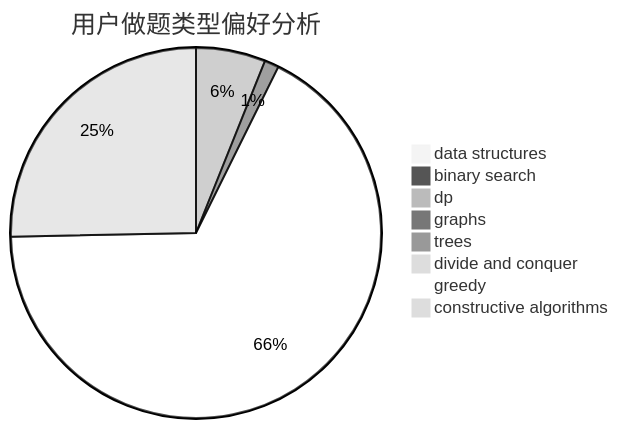
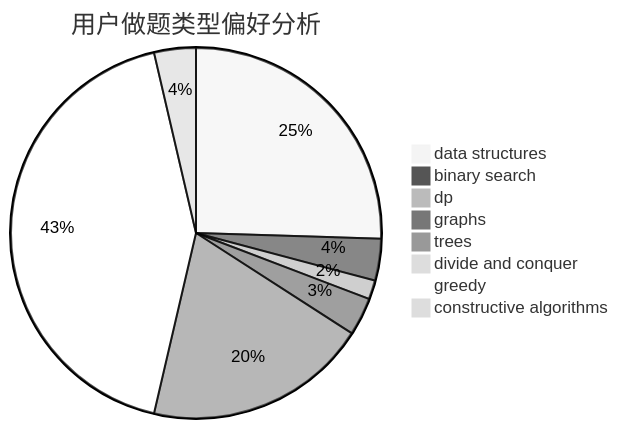
The second of 3 diagrams in docs/user/u1432.md (sherpahu/cfrs.github.io), drawn with Mermaid (neutral theme) before and after one commit. The commit also changed other lines of this file and 2770 other files, not shown here.

````diff
--- a/docs/user/u1432.md
+++ b/docs/user/u1432.md
@@ -23,11 +23,11 @@
 ```mermaid
 pie title 用户做题类型偏好分析
-    "data structures" :  1
-    "binary search" :  3
-    "dp" :  29
-    "graphs" :  6
-    "trees" :  2
-    "divide and conquer" :  1
-    "greedy" :  322
-    "constructive algorithms" :  121
+    "data structures" :  77
+    "binary search" :  11
+    "dp" :  5
+    "graphs" :  10
+    "trees" :  59
+    "divide and conquer" :  0
+    "greedy" :  129
+    "constructive algorithms" :  11
 ```
````
